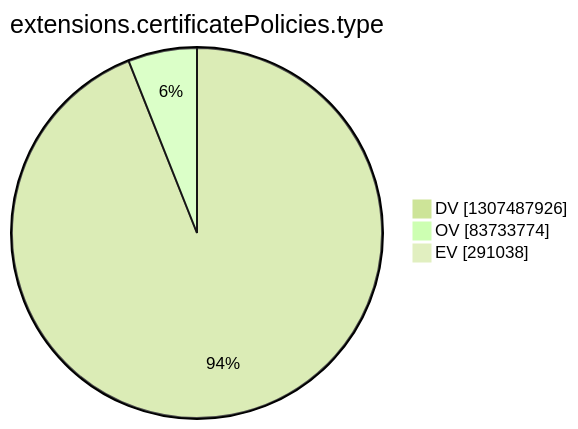
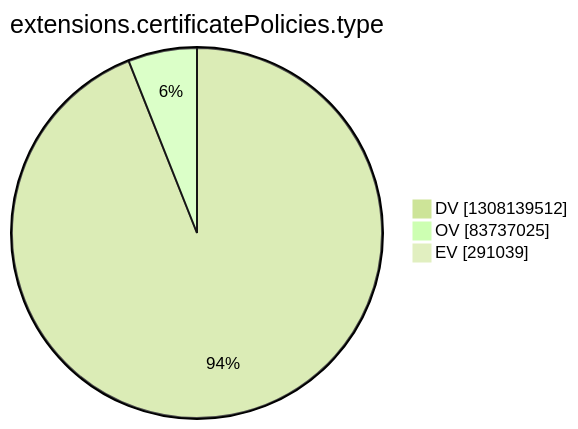
Before and after one commit to christiankrug/ctmonitor_visualization: the tenth of 15 diagrams in argon2022/README.md, drawn with Mermaid (forest theme). The commit also changed other lines of this file, not shown here.

````diff
--- a/argon2022/README.md
+++ b/argon2022/README.md
@@ -2772,7 +2772,7 @@
 ```mermaid
 pie showData
 title extensions.certificatePolicies.type
-"DV" :1307487926
-"OV" :83733774
-"EV" :291038
+"DV" :1308139512
+"OV" :83737025
+"EV" :291039
 ```
````
